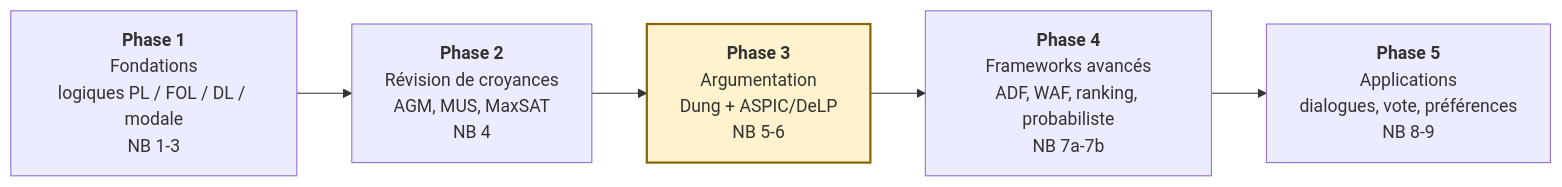
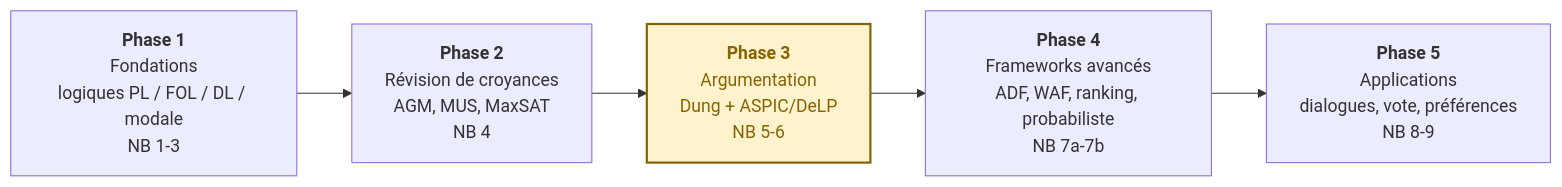
Before and after one commit to jsboige/CoursIA: the first of 4 diagrams in MyIA.AI.Notebooks/SymbolicAI/Tweety/README.md, drawn with Mermaid. The commit also changed 3 other files, not shown here.

First line of the commit message:
fix(docs,#15516): color: explicite sur les regles mermaid fill: du reste de la fouree (GameTheory/SMT/Tweety/slides, 4 fichiers, 11 regles)

````diff
--- a/MyIA.AI.Notebooks/SymbolicAI/Tweety/README.md
+++ b/MyIA.AI.Notebooks/SymbolicAI/Tweety/README.md
@@ -76,11 +76,12 @@
 ```mermaid
 flowchart LR
     P1["<b>Phase 1</b><br/>Fondations<br/>logiques PL / FOL / DL / modale<br/>NB 1-3"]
     P2["<b>Phase 2</b><br/>Révision de croyances<br/>AGM, MUS, MaxSAT<br/>NB 4"]
     P3["<b>Phase 3</b><br/>Argumentation<br/>Dung + ASPIC/DeLP<br/>NB 5-6"]
     P4["<b>Phase 4</b><br/>Frameworks avancés<br/>ADF, WAF, ranking, probabiliste<br/>NB 7a-7b"]
     P5["<b>Phase 5</b><br/>Applications<br/>dialogues, vote, préférences<br/>NB 8-9"]
     P1 --> P2 --> P3 --> P4 --> P5
-    classDef core fill:#fff3cd,stroke:#856404,stroke-width:2px;
+    %% color: explicite -- sans lui, libelle clair sur fond clair en mode sombre GitHub (#15022) ; ton parfois plus fonce que le stroke (le stroke en couleur de texte rendrait infer illisible) : ne pas harmoniser
+    classDef core fill:#fff3cd,stroke:#856404,stroke-width:2px,color:#856404;
     class P3 core;
 ```
````
